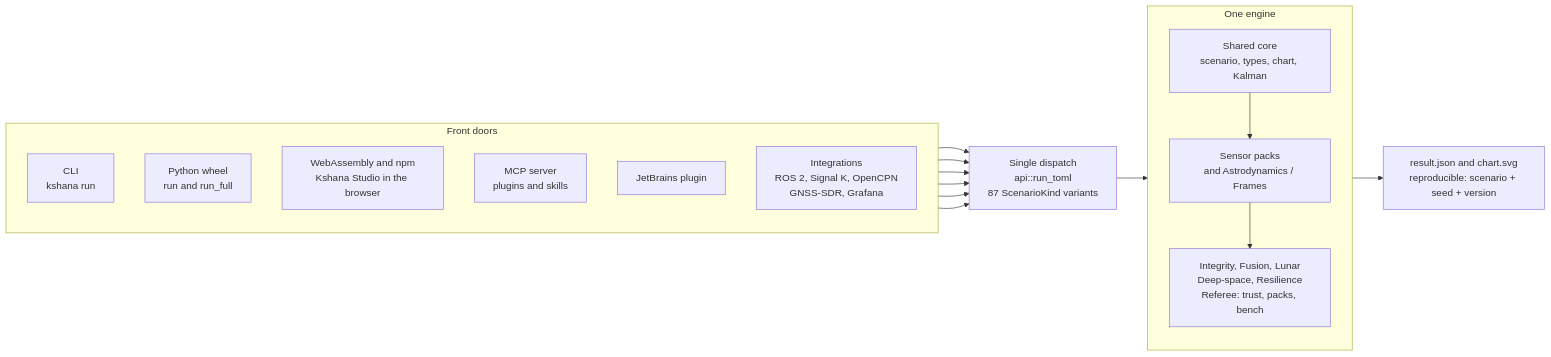
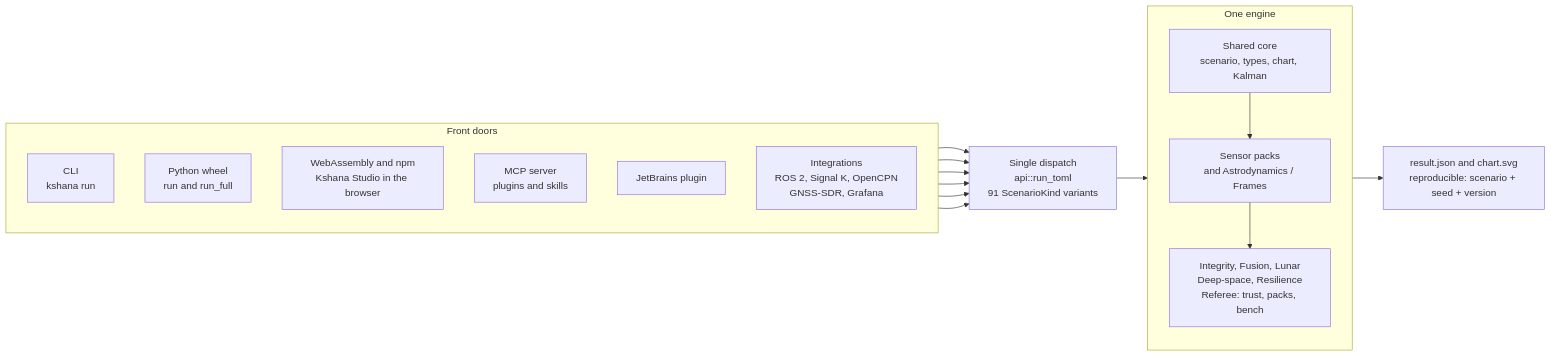
Before and after one commit to ashfordeOU/kshana: the diagram in docs/diagrams/system-overview.mmd, drawn with Mermaid. The commit also changed 17 other files, not shown here.

First line of the commit message:
lunar rendezvous: staged damped Gauss-Newton, registries, stubs, figure table, kind and file counts

```diff
--- a/docs/diagrams/system-overview.mmd
+++ b/docs/diagrams/system-overview.mmd
@@ -1,33 +1,33 @@
 flowchart LR
     subgraph DOORS[Front doors]
         direction TB
         CLI[CLI<br/>kshana run]
         PY[Python wheel<br/>run and run_full]
         WASM[WebAssembly and npm<br/>Kshana Studio in the browser]
         MCP[MCP server<br/>plugins and skills]
         IDE[JetBrains plugin]
         INT[Integrations<br/>ROS 2, Signal K, OpenCPN<br/>GNSS-SDR, Grafana]
     end
 
-    DISPATCH[Single dispatch<br/>api::run_toml<br/>87 ScenarioKind variants]
+    DISPATCH[Single dispatch<br/>api::run_toml<br/>91 ScenarioKind variants]
 
     subgraph ENGINE[One engine]
         direction TB
         CORE[Shared core<br/>scenario, types, chart, Kalman]
         PACKS[Sensor packs<br/>and Astrodynamics / Frames]
         DOMAIN[Integrity, Fusion, Lunar<br/>Deep-space, Resilience<br/>Referee: trust, packs, bench]
         CORE --> PACKS
         PACKS --> DOMAIN
     end
 
     OUT[result.json and chart.svg<br/>reproducible: scenario + seed + version]
 
     CLI --> DISPATCH
     PY --> DISPATCH
     WASM --> DISPATCH
     MCP --> DISPATCH
     IDE --> DISPATCH
     INT --> DISPATCH
 
     DISPATCH --> ENGINE
     ENGINE --> OUT
```
